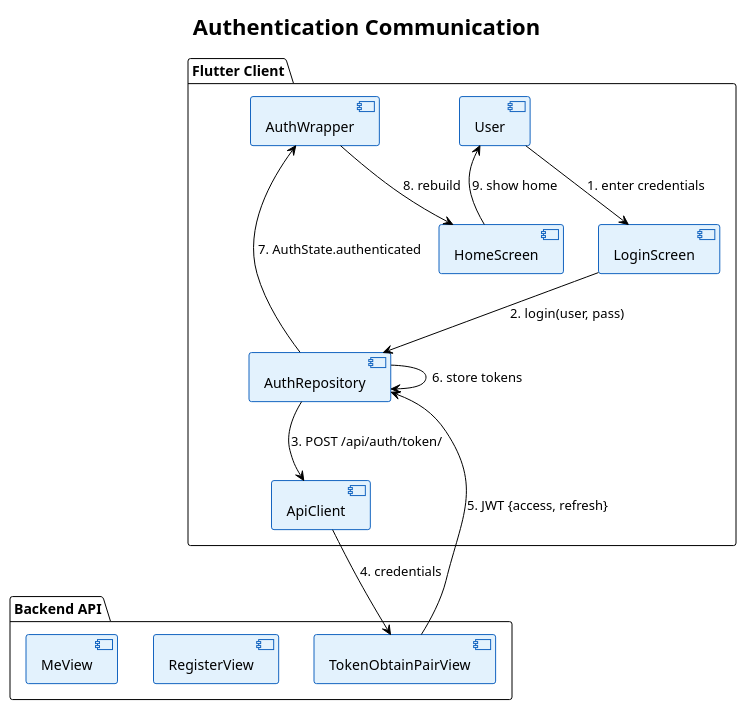
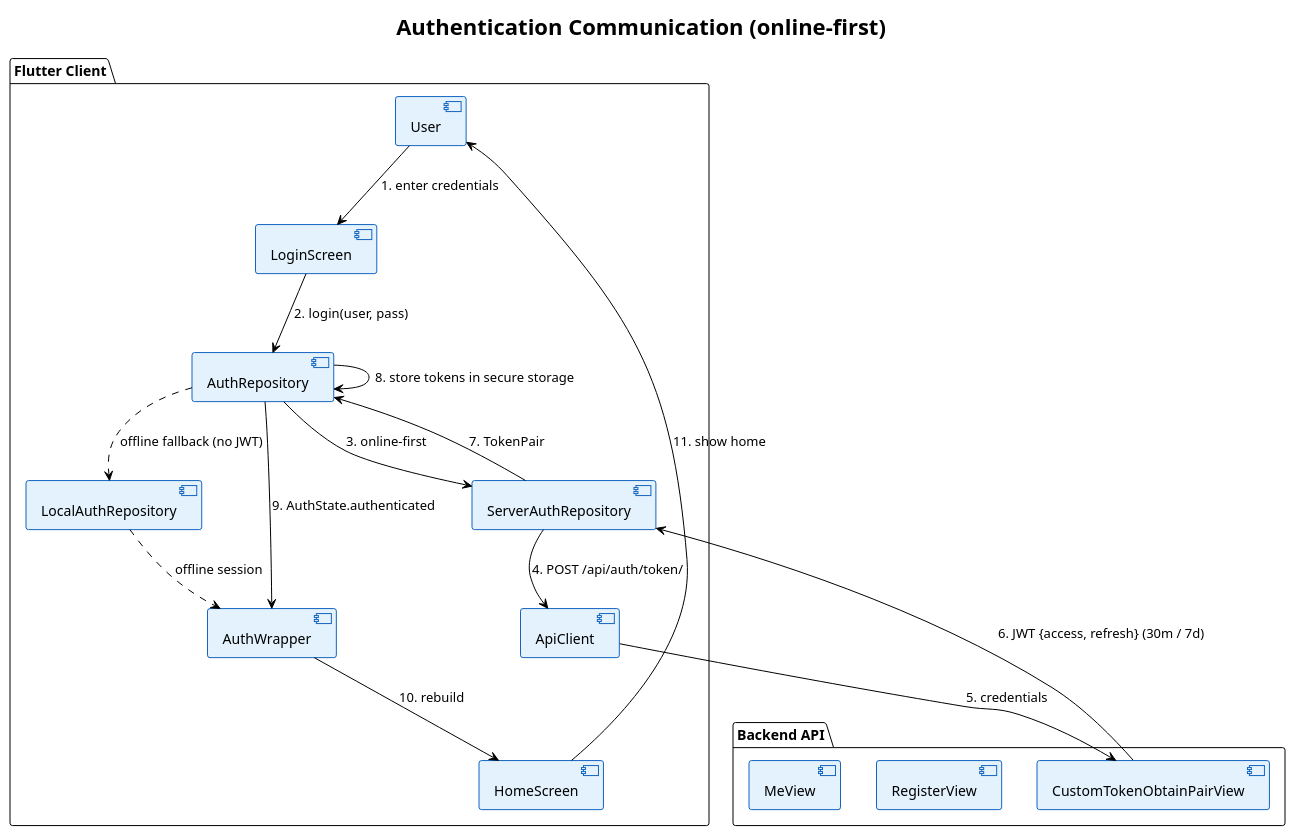
Before and after one commit to fabiljayson/Griot-2.0: the second of 5 diagrams in docs/diagrams/plantuml/05-communication-diagram.puml, drawn with PlantUML. The commit also changed other lines of this file and 87 other files, not shown here.

```diff
--- a/docs/diagrams/plantuml/05-communication-diagram.puml
+++ b/docs/diagrams/plantuml/05-communication-diagram.puml
@@ -50,35 +50,42 @@
 @startuml Authentication Communication
 !theme plain
 skinparam component {
   BackgroundColor #E3F2FD
   BorderColor #1565C0
 }
 
-title Authentication Communication
+title Authentication Communication (online-first)
 
 package "Flutter Client" {
   [User] as U
   [LoginScreen] as LS
   [AuthRepository] as AR
+  [ServerAuthRepository] as SR
+  [LocalAuthRepository] as LA
   [ApiClient] as AC
   [AuthWrapper] as AW
   [HomeScreen] as HS
 }
 
 package "Backend API" {
-  [TokenObtainPairView] as TV
+  [CustomTokenObtainPairView] as TV
   [RegisterView] as RV
   [MeView] as MV
 }
 
 U -down-> LS : 1. enter credentials
 LS -down-> AR : 2. login(user, pass)
-AR -down-> AC : 3. POST /api/auth/token/
-AC -down-> TV : 4. credentials
-TV -up-> AR : 5. JWT {access, refresh}
-AR -right-> AR : 6. store tokens
-AR -up-> AW : 7. AuthState.authenticated
-AW -down-> HS : 8. rebuild
-HS -up-> U : 9. show home
+AR -down-> SR : 3. online-first
+SR -down-> AC : 4. POST /api/auth/token/
+AC -down-> TV : 5. credentials
+TV -up-> SR : 6. JWT {access, refresh} (30m / 7d)
+SR -up-> AR : 7. TokenPair
+AR -right-> AR : 8. store tokens in secure storage
+AR -up-> AW : 9. AuthState.authenticated
+AW -down-> HS : 10. rebuild
+HS -up-> U : 11. show home
+
+AR ..> LA : offline fallback (no JWT)
+LA ..> AW : offline session
 
 @enduml
```
